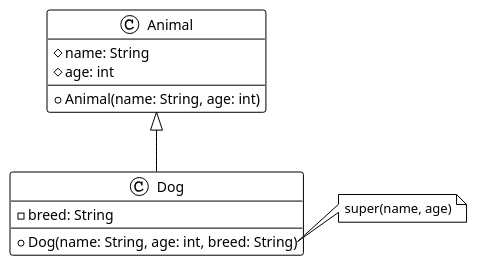
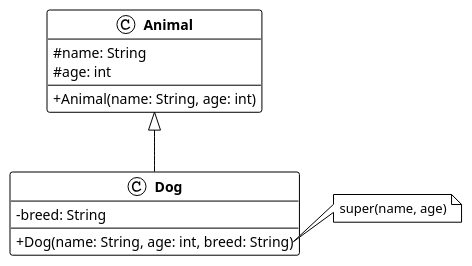
The diagram in 01-contenus-du-cours/05-programmation-orientee-objet-encapsulation-et-heritage/images/animal-dog-super.puml (heig-vd-progim-course/heig-vd-progim2-course), drawn with PlantUML before and after one commit. The commit also changed 89 other files, not shown here.

Commit message:
Enhance UML diagrams for vehicles without inheritance

```diff
--- a/01-contenus-du-cours/05-programmation-orientee-objet-encapsulation-et-heritage/images/animal-dog-super.puml
+++ b/01-contenus-du-cours/05-programmation-orientee-objet-encapsulation-et-heritage/images/animal-dog-super.puml
@@ -1,23 +1,28 @@
-@startuml
+@startuml animal-dog-super
 !theme plain
+
+skinparam classAttributeIconSize 0
+skinparam classFontStyle bold
 
 class Animal {
   # name: String
   # age: int
   --
   + Animal(name: String, age: int)
 }
 
 class Dog {
   - breed: String
   --
   + Dog(name: String, age: int, breed: String)
 }
 
 Animal <|-- Dog
 
 note right of Dog::Dog
   super(name, age)
 end note
 
+
+
 @enduml
```
